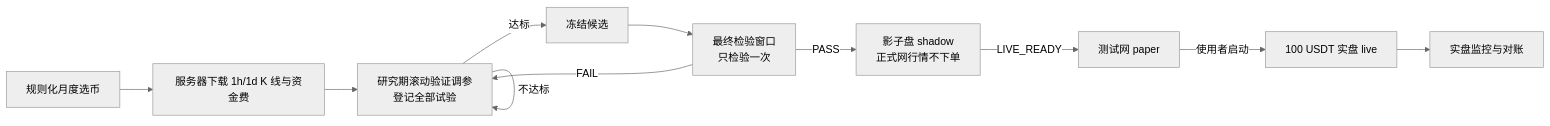
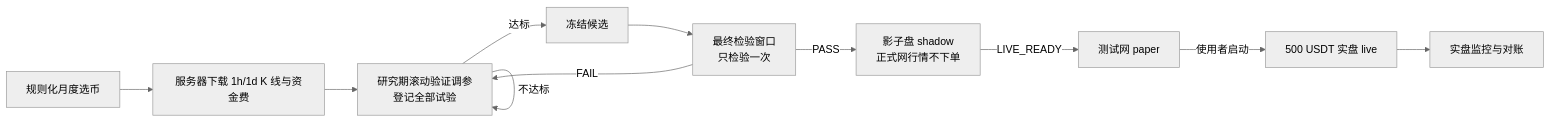
The diagram in docs/design.md (wumingze704-bit/bn-trade), drawn with Mermaid (neutral theme) before and after one commit. The commit also changed other lines of this file and 4 other files, not shown here.

````diff
--- a/docs/design.md
+++ b/docs/design.md
@@ -14,13 +14,13 @@
 ```mermaid
 flowchart LR
     A[规则化月度选币] --> B[服务器下载 1h/1d K 线与资金费]
     B --> C[研究期滚动验证调参<br/>登记全部试验]
     C -->|达标| D[冻结候选]
     C -->|不达标| C
     D --> E[最终检验窗口<br/>只检验一次]
     E -->|PASS| F[影子盘 shadow<br/>正式网行情不下单]
     F -->|LIVE_READY| G[测试网 paper]
-    G -->|使用者启动| H[100 USDT 实盘 live]
+    G -->|使用者启动| H[500 USDT 实盘 live]
     H --> I[实盘监控与对账]
     E -->|FAIL| C
 ```
````
